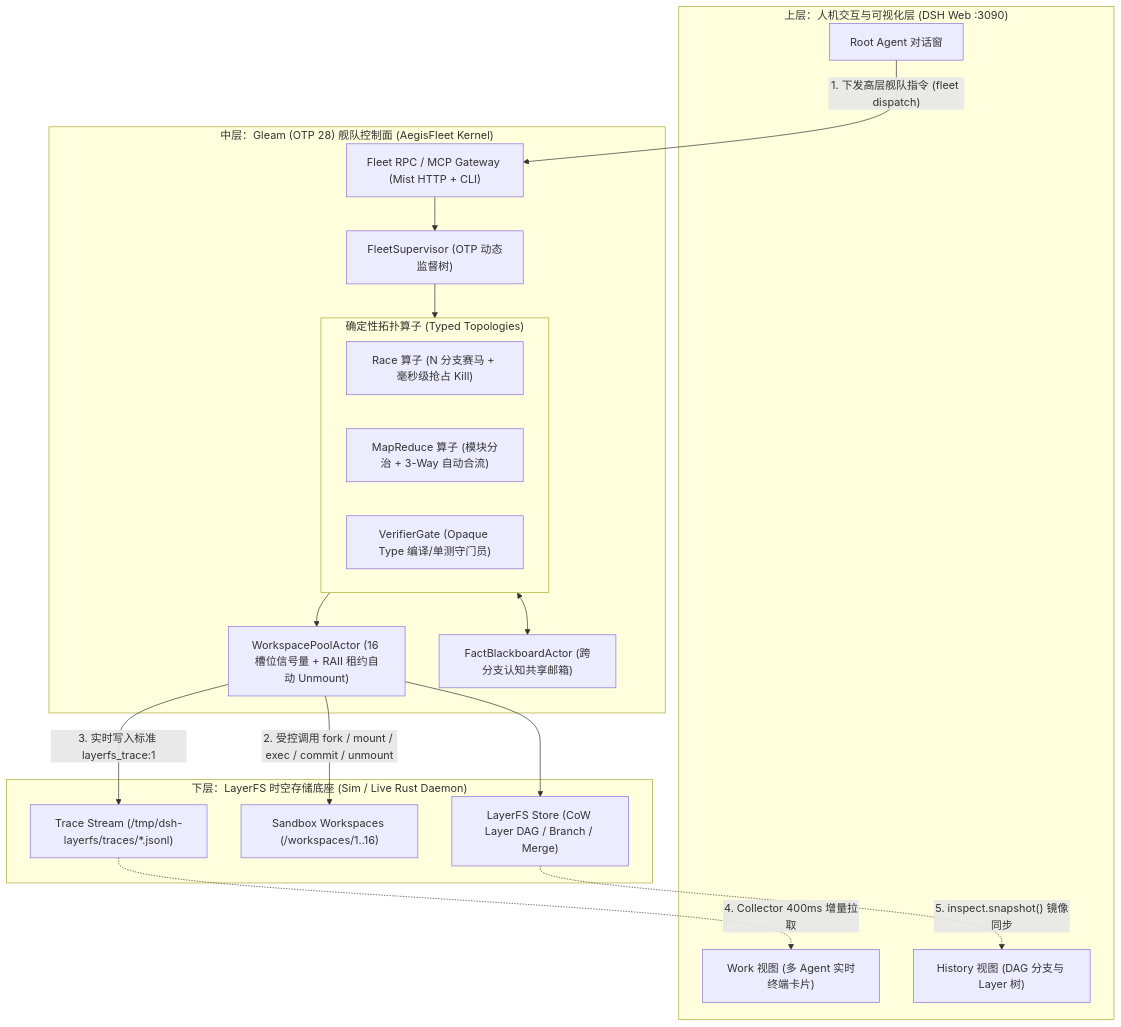
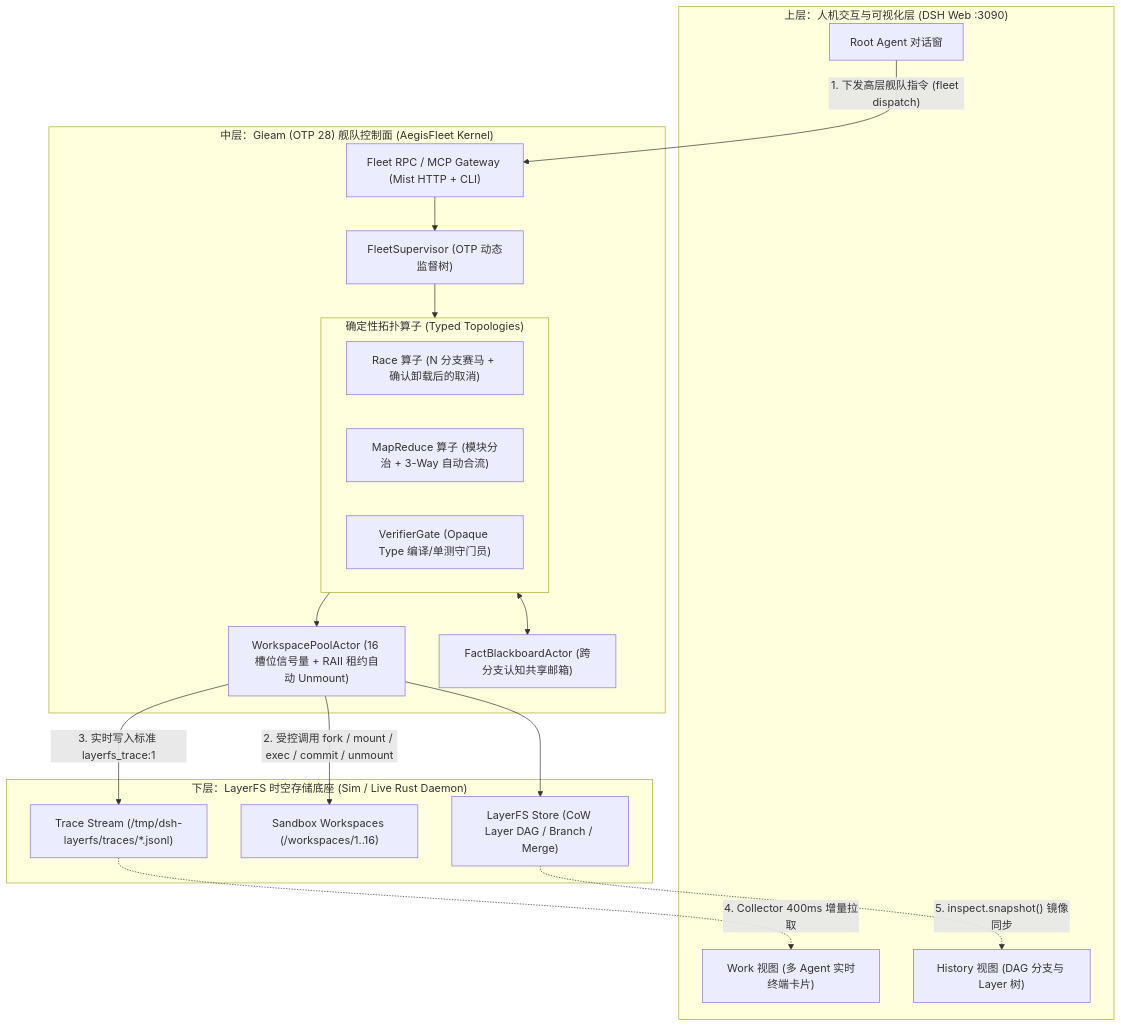
Before and after one commit to hzy-hits/PrismFS: the first of 4 diagrams in docs/DESIGN.md, drawn with Mermaid. The commit also changed other lines of this file and 19 other files, not shown here.

````diff
--- a/docs/DESIGN.md
+++ b/docs/DESIGN.md
@@ -24,38 +24,38 @@
 ```mermaid
 flowchart TD
     subgraph UI["上层：人机交互与可视化层 (DSH Web :3090)"]
         Chat["Root Agent 对话窗"]
         WorkView["Work 视图 (多 Agent 实时终端卡片)"]
         HistView["History 视图 (DAG 分支与 Layer 树)"]
     end
 
     subgraph BEAM["中层：Gleam (OTP 28) 舰队控制面 (AegisFleet Kernel)"]
         API["Fleet RPC / MCP Gateway (Mist HTTP + CLI)"]
         Sup["FleetSupervisor (OTP 动态监督树)"]
         Pool["WorkspacePoolActor (16 槽位信号量 + RAII 租约自动 Unmount)"]
         Blackboard["FactBlackboardActor (跨分支认知共享邮箱)"]
         
         subgraph Topo["确定性拓扑算子 (Typed Topologies)"]
-            Race["Race 算子 (N 分支赛马 + 毫秒级抢占 Kill)"]
+            Race["Race 算子 (N 分支赛马 + 确认卸载后的取消)"]
             MapRed["MapReduce 算子 (模块分治 + 3-Way 自动合流)"]
             Gate["VerifierGate (Opaque Type 编译/单测守门员)"]
         end
     end
 
     subgraph Substrate["下层：LayerFS 时空存储底座 (Sim / Live Rust Daemon)"]
         Store["LayerFS Store (CoW Layer DAG / Branch / Merge)"]
         Sandbox["Sandbox Workspaces (/workspaces/1..16)"]
         Trace["Trace Stream (/tmp/dsh-layerfs/traces/*.jsonl)"]
     end
 
     Chat -->|"1. 下发高层舰队指令 (fleet dispatch)"| API
     API --> Sup
     Sup --> Topo
     Topo --> Pool
     Topo <--> Blackboard
     Pool -->|"2. 受控调用 fork / mount / exec / commit / unmount"| Sandbox
     Pool --> Store
     Pool -->|"3. 实时写入标准 layerfs_trace:1"| Trace
     Trace -.->|"4. Collector 400ms 增量拉取"| WorkView
     Store -.->|"5. inspect.snapshot() 镜像同步"| HistView
 ```
````
